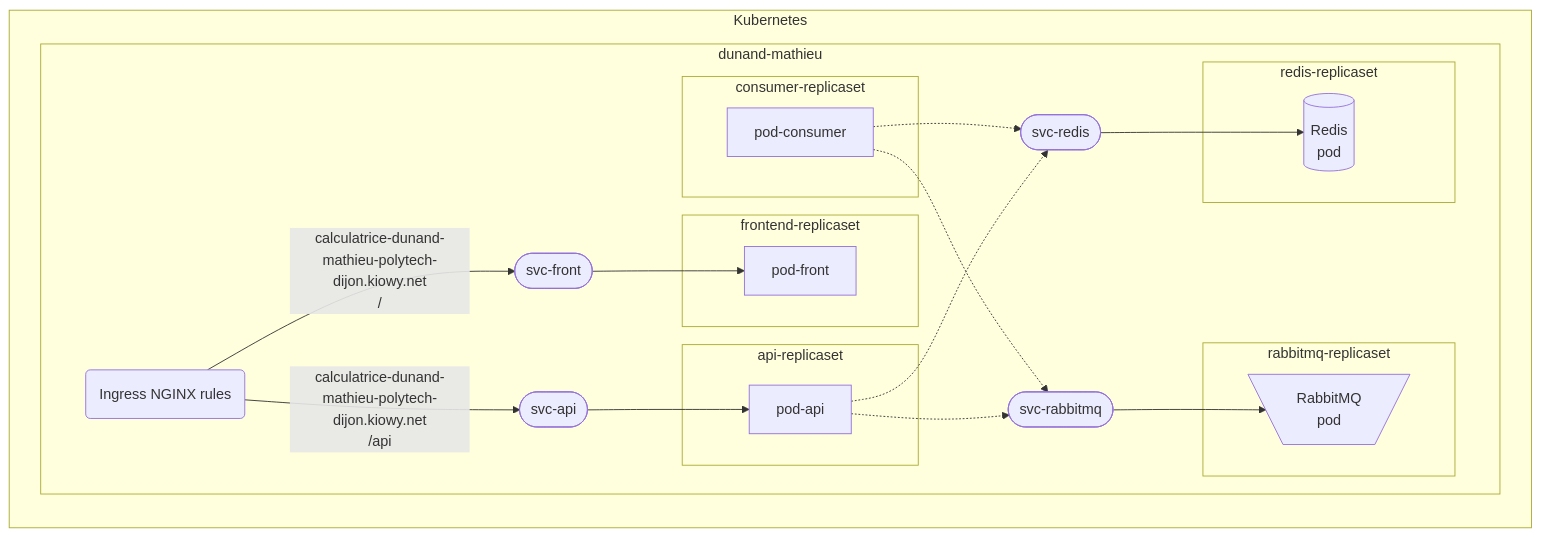
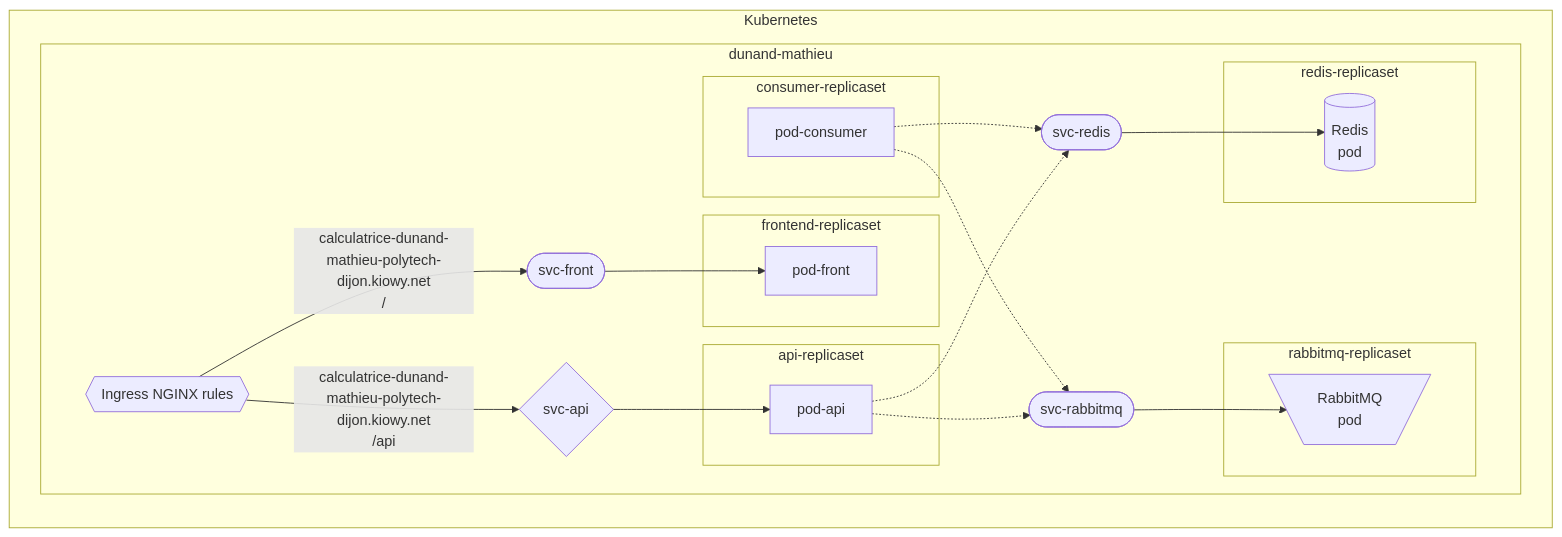
The diagram in kubernetes/README.md (Elyeyes/virt-cc-ilia-mathieu-dunand), drawn with Mermaid before and after one commit. The commit also changed 3 other files, not shown here.

````diff
--- a/kubernetes/README.md
+++ b/kubernetes/README.md
@@ -22,38 +22,38 @@
 ```mermaid
 
  graph LR
     subgraph "Kubernetes"
     subgraph "dunand-mathieu"
     subgraph "frontend-replicaset"
       pod-front
     end
     subgraph "api-replicaset"
       pod-api
     end
     subgraph "redis-replicaset"
       pod-redis[("Redis
                   pod")]
     end
     subgraph "rabbitmq-replicaset"
       pod-rabbitmq[\" RabbitMQ
                       pod"/]
     end
     subgraph "consumer-replicaset"
       pod-consumer
     end
-    svc-api([svc-api]) --> pod-api
+    svc-api{svc-api} --> pod-api
     svc-redis([svc-redis]) --> pod-redis
     svc-rabbitmq([svc-rabbitmq]) --> pod-rabbitmq
     pod-consumer -.-> svc-rabbitmq
     pod-consumer -.-> svc-redis
     pod-api -.-> svc-redis
     pod-api -.-> svc-rabbitmq
     ing -->|"calculatrice-dunand-mathieu-polytech-dijon.kiowy.net
 /api"| svc-api
-    ing(Ingress NGINX rules) -->|"calculatrice-dunand-mathieu-polytech-dijon.kiowy.net
+    ing{{Ingress NGINX rules}} -->|"calculatrice-dunand-mathieu-polytech-dijon.kiowy.net
 /"| svc-front
     svc-front([svc-front]) --> pod-front
     end
     end
 
 ```
````
